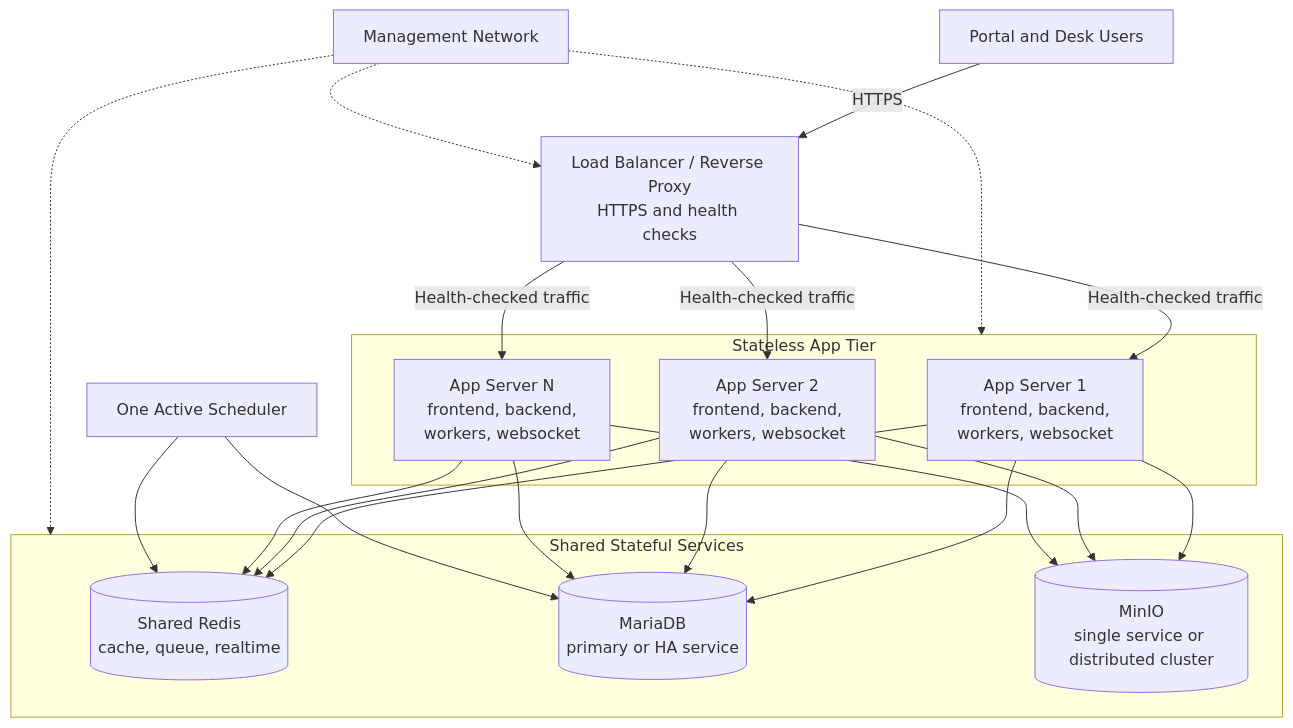
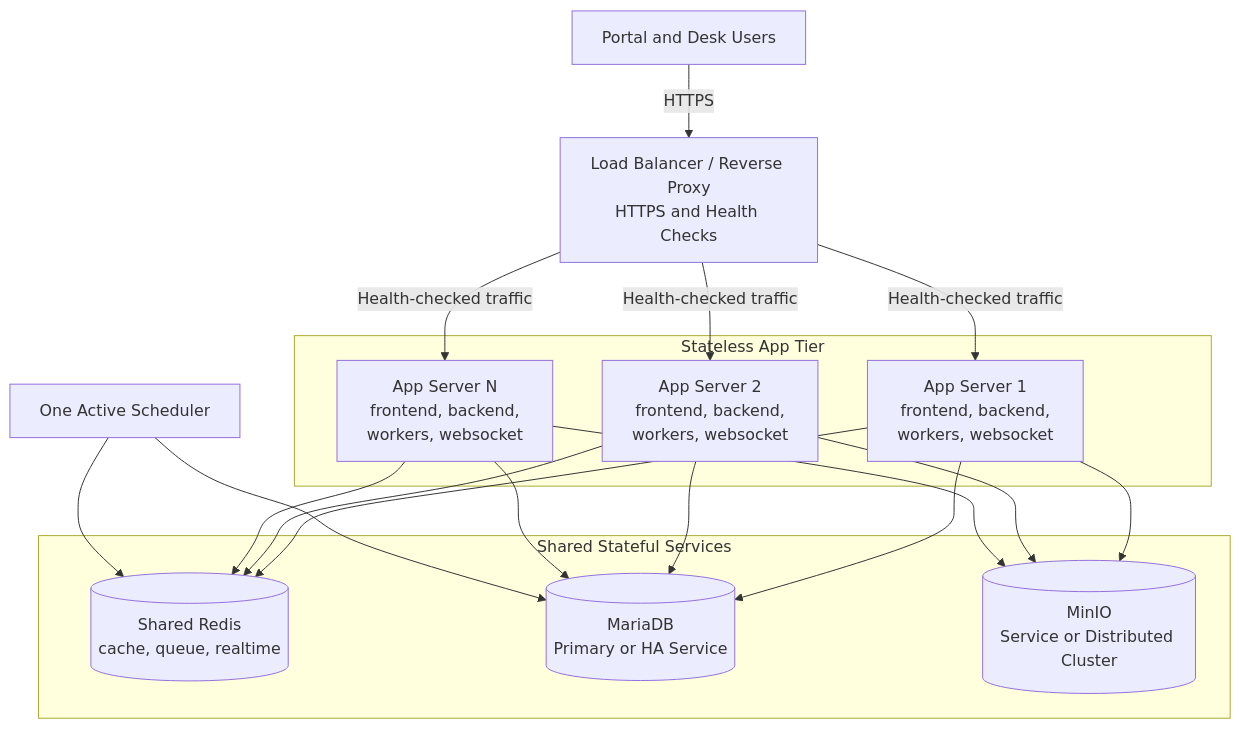
One commit to HtetNyiAung/my-frappe-setup changed the second of 2 diagrams in docker-setup/docs/deployment/deployment-architecture.md. Above: the diagram before and after it, drawn with Mermaid. The commit also changed other lines of this file and 24 other files, not shown here.

````diff
--- a/docker-setup/docs/deployment/deployment-architecture.md
+++ b/docker-setup/docs/deployment/deployment-architecture.md
@@ -221,43 +172,34 @@
 ```mermaid
 flowchart TB
     Users[Portal and Desk Users]
-    LB[Load Balancer / Reverse Proxy<br/>HTTPS and health checks]
+    LB[Load Balancer / Reverse Proxy<br/>HTTPS and Health Checks]
 
     subgraph APPS[Stateless App Tier]
         App1[App Server 1<br/>frontend, backend,<br/>workers, websocket]
         App2[App Server 2<br/>frontend, backend,<br/>workers, websocket]
         AppN[App Server N<br/>frontend, backend,<br/>workers, websocket]
     end
 
     subgraph SHARED[Shared Stateful Services]
         SharedRedis[(Shared Redis<br/>cache, queue, realtime)]
-        SharedDB[(MariaDB<br/>primary or HA service)]
-        SharedS3[(MinIO<br/>single service or distributed cluster)]
+        SharedDB[(MariaDB<br/>Primary or HA Service)]
+        SharedS3[(MinIO<br/>Service or Distributed Cluster)]
     end
 
     ActiveScheduler[One Active Scheduler]
-    Admin[Management Network]
-
     Users -->|HTTPS| LB
     LB -->|Health-checked traffic| App1
     LB -->|Health-checked traffic| App2
     LB -->|Health-checked traffic| AppN
-
     App1 --> SharedRedis
     App2 --> SharedRedis
     AppN --> SharedRedis
-
     App1 --> SharedDB
     App2 --> SharedDB
     AppN --> SharedDB
-
     App1 --> SharedS3
     App2 --> SharedS3
     AppN --> SharedS3
-
     ActiveScheduler --> SharedRedis
     ActiveScheduler --> SharedDB
-    Admin -.-> LB
-    Admin -.-> APPS
-    Admin -.-> SHARED
 ```
````
